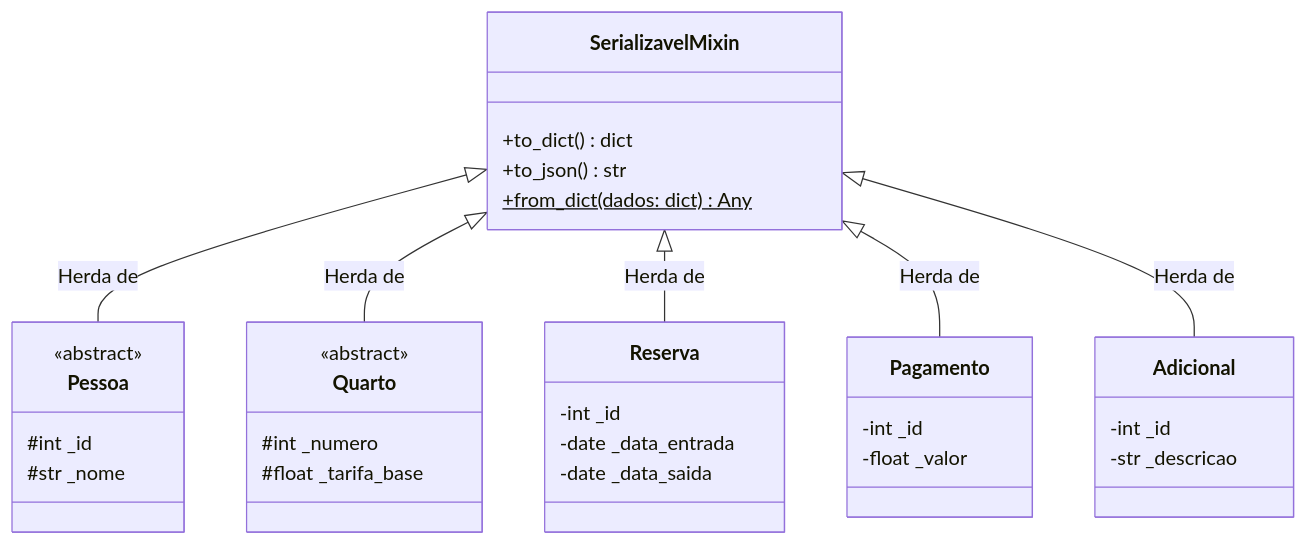
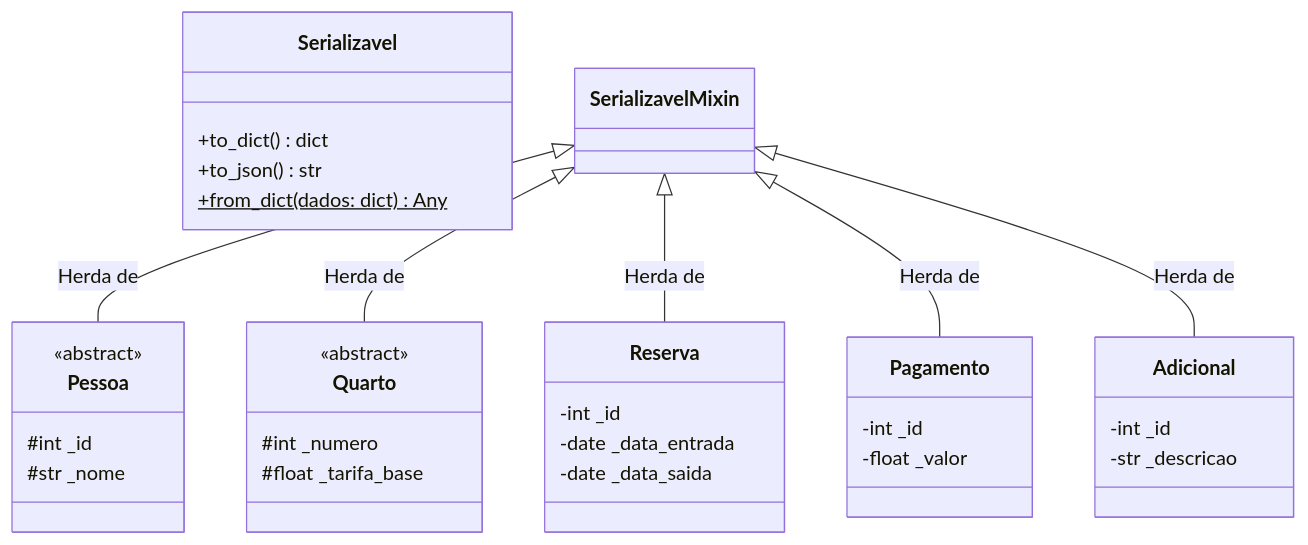
The seventh of 23 diagrams in Docs/uml_diagram.md (WandersonLobo/Sistema-de-Reserva-de-Hotel), drawn with Mermaid before and after one commit. The commit also changed other lines of this file and 1 other file, not shown here.

Commit message:
fix(docs): update mixin class names in UML documentation and README

````diff
--- a/Docs/uml_diagram.md
+++ b/Docs/uml_diagram.md
@@ -199,44 +200,44 @@
 ```mermaid
 classDiagram
     %% Definição das Classes
-    class SerializavelMixin {
+    class Serializavel {
         +to_dict() dict
         +to_json() str
         +from_dict(dados: dict)$ Any
     }
 
     class Pessoa {
         <<abstract>>
         #int _id
         #str _nome
     }
 
     class Quarto {
         <<abstract>>
         #int _numero
         #float _tarifa_base
     }
 
     class Reserva {
         -int _id
         -date _data_entrada
         -date _data_saida
     }
 
     class Pagamento {
         -int _id
         -float _valor
     }
 
     class Adicional {
         -int _id
         -str _descricao
     }
 
     %% Relações de Herança
     SerializavelMixin <|-- Pessoa : Herda de
     SerializavelMixin <|-- Quarto : Herda de
     SerializavelMixin <|-- Reserva : Herda de
     SerializavelMixin <|-- Pagamento : Herda de
     SerializavelMixin <|-- Adicional : Herda de
 ```
````
